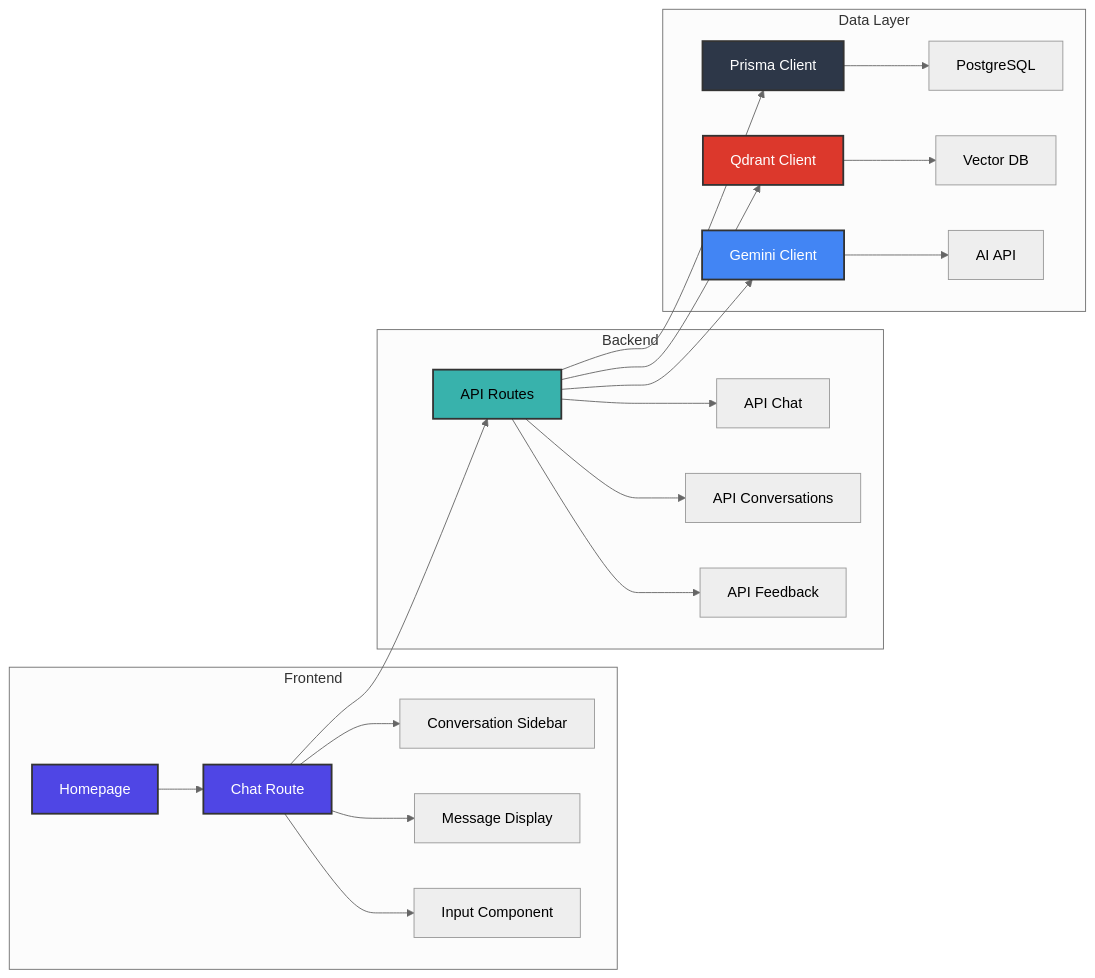
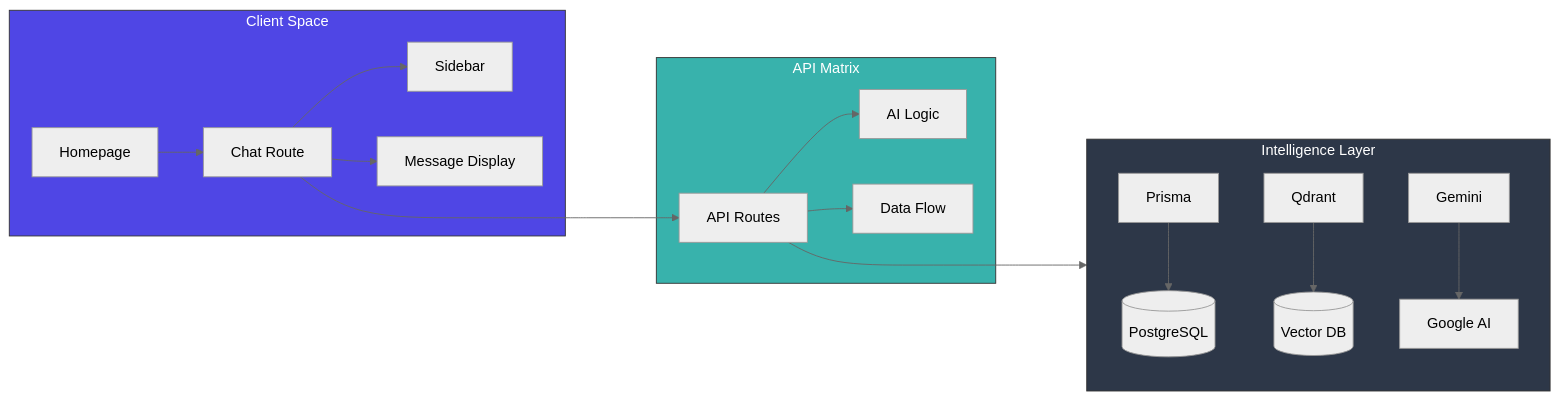
Before and after one commit to YASAR300/SKUWise: the second of 3 diagrams in README.md, drawn with Mermaid (neutral theme). The commit also changed other lines of this file, not shown here.

Commit message:
Fix Mermaid diagram rendering in README by switching to flowchart syntax

````diff
--- a/README.md
+++ b/README.md
@@ -205,33 +199,26 @@
 ```mermaid
-graph LR
-    subgraph Frontend
-        A[Homepage] --> B[Chat Route]
-        B --> C[Conversation Sidebar]
-        B --> D[Message Display]
-        B --> E[Input Component]
+flowchart LR
+    subgraph Frontend["Client Space"]
+        H[Homepage] --> CR[Chat Route]
+        CR --> CS[Sidebar]
+        CR --> MD[Message Display]
     end
     
-    subgraph Backend
-        F[API Routes] --> G["API Chat"]
-        F --> H["API Conversations"]
-        F --> I["API Feedback"]
+    subgraph Backend["API Matrix"]
+        AR[API Routes] --> AC[AI Logic]
+        AR --> DC[Data Flow]
     end
     
-    subgraph Data Layer
-        J[Prisma Client] --> K[PostgreSQL]
-        L[Qdrant Client] --> M[Vector DB]
-        N[Gemini Client] --> O[AI API]
+    subgraph Data["Intelligence Layer"]
+        PR[Prisma] --> PS[(PostgreSQL)]
+        QC[Qdrant] --> VDB[(Vector DB)]
+        GC[Gemini] --> AI_API[Google AI]
     end
     
-    B --> F
-    F --> J
-    F --> L
-    F --> N
-    
-    style A fill:#4F46E5,stroke:#333,stroke-width:2px,color:#fff
-    style B fill:#4F46E5,stroke:#333,stroke-width:2px,color:#fff
-    style F fill:#38B2AC,stroke:#333,stroke-width:2px
-    style J fill:#2D3748,stroke:#333,stroke-width:2px,color:#fff
-    style L fill:#DC382C,stroke:#333,stroke-width:2px,color:#fff
-    style N fill:#4285F4,stroke:#333,stroke-width:2px,color:#fff
+    CR ----> AR
+    AR ----> Data
+
+    style Frontend fill:#4F46E5,stroke:#333,stroke-width:1px,color:#fff
+    style Backend fill:#38B2AC,stroke:#333,stroke-width:1px,color:#fff
+    style Data fill:#2D3748,stroke:#333,stroke-width:1px,color:#fff
 ```
````
